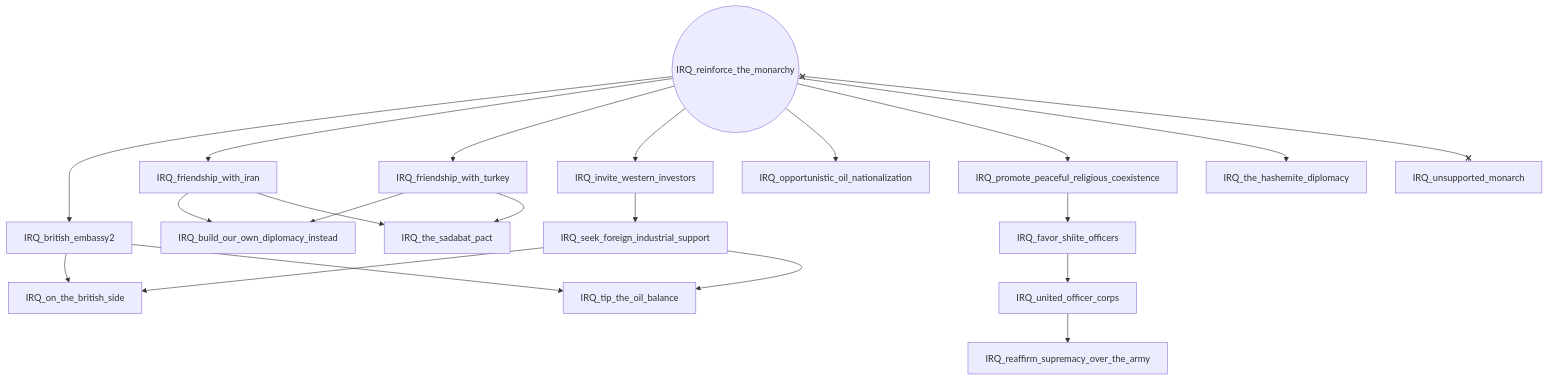
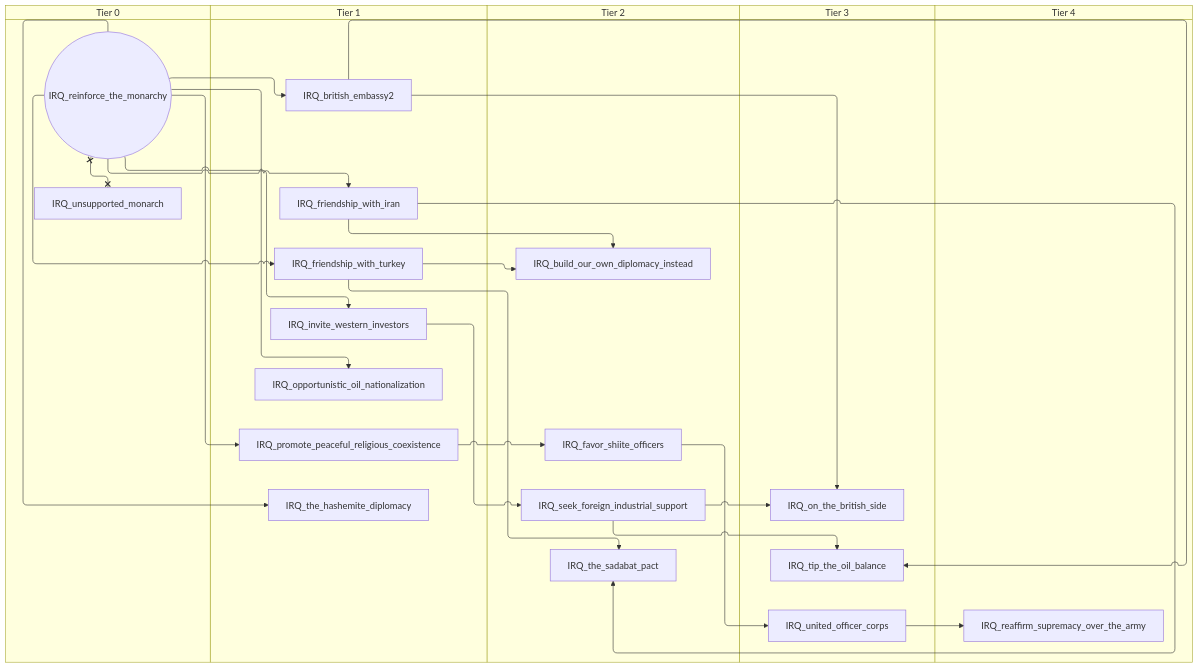
The fifth of 6 diagrams in docs/gdd/National Focuses/r56_iraq.md (evgeny-sobol/hoi4-sandbox-mode-r56), drawn with Mermaid before and after one commit. The commit also changed other lines of this file and 423 other files, not shown here.

First line of the commit message:
Re-export Rt56 focus trees as swimlane diagrams

````diff
--- a/docs/gdd/National Focuses/r56_iraq.md
+++ b/docs/gdd/National Focuses/r56_iraq.md
@@ -137,40 +187,50 @@
 ```mermaid
-flowchart TD
-    n51["IRQ_british_embassy2"]
-    n52["IRQ_build_our_own_diplomacy_instead"]
-    n53["IRQ_favor_shiite_officers"]
-    n54["IRQ_friendship_with_iran"]
-    n55["IRQ_friendship_with_turkey"]
-    n56["IRQ_invite_western_investors"]
-    n57["IRQ_on_the_british_side"]
-    n58["IRQ_opportunistic_oil_nationalization"]
-    n59["IRQ_promote_peaceful_religious_coexistence"]
-    n60["IRQ_reaffirm_supremacy_over_the_army"]
-    n61(("IRQ_reinforce_the_monarchy"))
-    n62["IRQ_seek_foreign_industrial_support"]
-    n63["IRQ_the_hashemite_diplomacy"]
-    n64["IRQ_the_sadabat_pact"]
-    n65["IRQ_tip_the_oil_balance"]
-    n66["IRQ_united_officer_corps"]
-    n67["IRQ_unsupported_monarch"]
-    n61 --> n51
-    n54 --> n52
-    n55 --> n52
-    n59 --> n53
-    n61 --> n54
-    n61 --> n55
-    n61 --> n56
+swimlane-beta TD
+    subgraph tier_0["Tier 0"]
+        n51(("IRQ_reinforce_the_monarchy"))
+        n52["IRQ_unsupported_monarch"]
+    end
+    subgraph tier_1["Tier 1"]
+        n53["IRQ_british_embassy2"]
+        n54["IRQ_friendship_with_iran"]
+        n55["IRQ_friendship_with_turkey"]
+        n56["IRQ_invite_western_investors"]
+        n57["IRQ_opportunistic_oil_nationalization"]
+        n58["IRQ_promote_peaceful_religious_coexistence"]
+        n59["IRQ_the_hashemite_diplomacy"]
+    end
+    subgraph tier_2["Tier 2"]
+        n60["IRQ_build_our_own_diplomacy_instead"]
+        n61["IRQ_favor_shiite_officers"]
+        n62["IRQ_seek_foreign_industrial_support"]
+        n63["IRQ_the_sadabat_pact"]
+    end
+    subgraph tier_3["Tier 3"]
+        n64["IRQ_on_the_british_side"]
+        n65["IRQ_tip_the_oil_balance"]
+        n66["IRQ_united_officer_corps"]
+    end
+    subgraph tier_4["Tier 4"]
+        n67["IRQ_reaffirm_supremacy_over_the_army"]
+    end
+    n51 --> n53
+    n54 --> n60
+    n55 --> n60
+    n58 --> n61
+    n51 --> n54
+    n51 --> n55
+    n51 --> n56
+    n53 --> n64
+    n62 --> n64
     n51 --> n57
-    n62 --> n57
-    n61 --> n58
-    n61 --> n59
-    n66 --> n60
+    n51 --> n58
+    n66 --> n67
     n56 --> n62
-    n61 --> n63
-    n54 --> n64
-    n55 --> n64
-    n51 --> n65
+    n51 --> n59
+    n54 --> n63
+    n55 --> n63
+    n53 --> n65
     n62 --> n65
-    n53 --> n66
-    n61 x--x n67
+    n61 --> n66
+    n51 x--x n52
 ```
````
